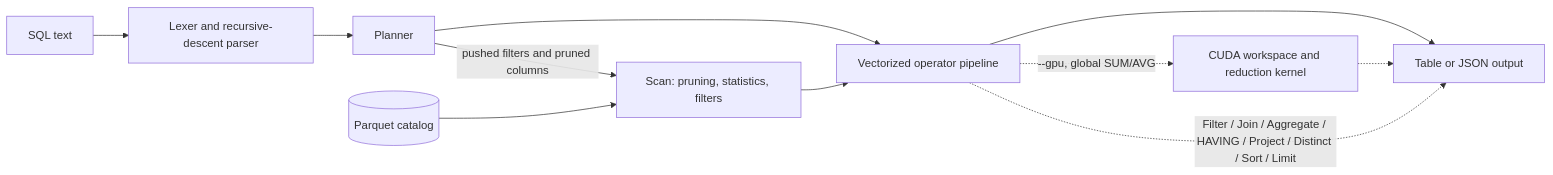
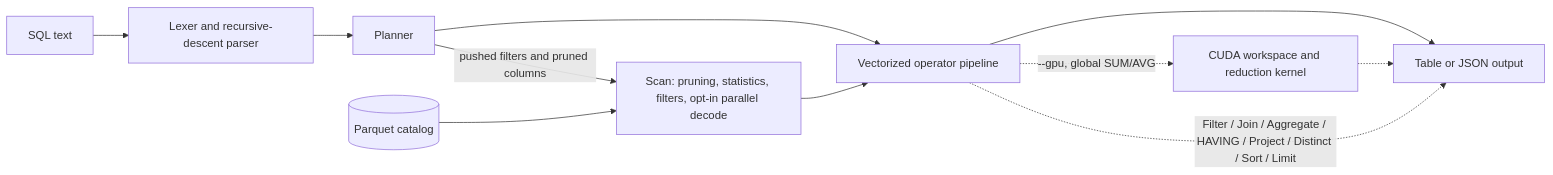
One commit to abiralpokhrel-learns/query-engine changed the diagram in README.md. Above: the diagram before and after it, drawn with Mermaid. The commit also changed other lines of this file and 1 other file, not shown here.

First line of the commit message:
docs: finish README and write-up refresh for the parallel scan

````diff
--- a/README.md
+++ b/README.md
@@ -181,13 +181,13 @@
 ```mermaid
 flowchart LR
   SQL[SQL text] --> Parser[Lexer and recursive-descent parser]
   Parser --> Planner[Planner]
   Planner --> Operators[Vectorized operator pipeline]
-  Catalog[(Parquet catalog)] --> Scan[Scan: pruning, statistics, filters]
+  Catalog[(Parquet catalog)] --> Scan[Scan: pruning, statistics, filters, opt-in parallel decode]
   Planner -->|pushed filters and pruned columns| Scan
   Scan --> Operators
   Operators --> Result[Table or JSON output]
   Operators -.->|--gpu, global SUM/AVG| GPU[CUDA workspace and reduction kernel]
   GPU -.-> Result
   Operators -.->|Filter / Join / Aggregate / HAVING / Project / Distinct / Sort / Limit| Result
 ```
````
